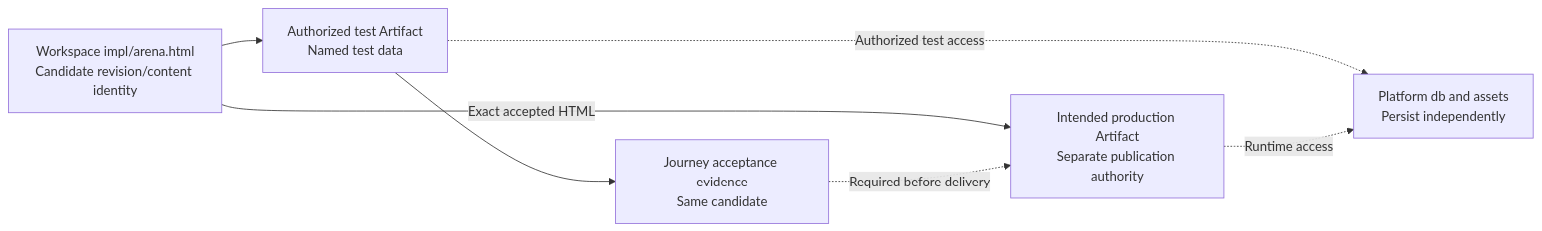
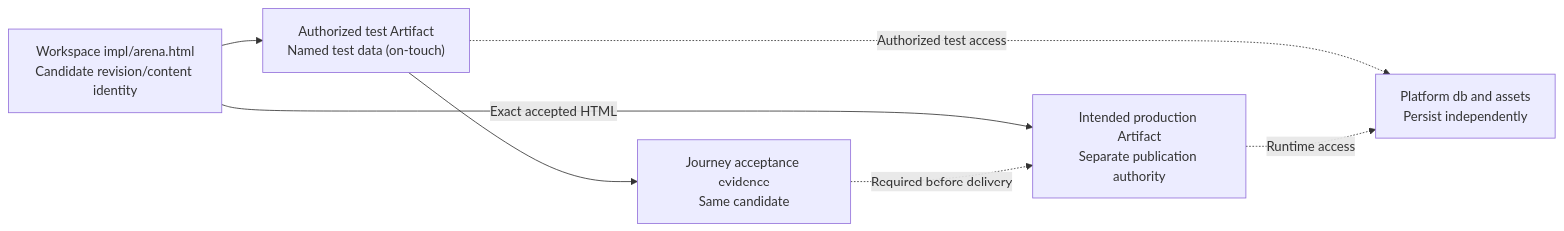
The diagram in model/operate/deploy/SPEC.md (lengthlong/exercise_arena), drawn with Mermaid before and after one commit. The commit also changed other lines of this file and 5 other files, not shown here.

````diff
--- a/model/operate/deploy/SPEC.md
+++ b/model/operate/deploy/SPEC.md
@@ -9,14 +9,14 @@
 ```mermaid
 flowchart LR
     S["Workspace impl/arena.html<br/>Candidate revision/content identity"]
-    T["Authorized test Artifact<br/>Named test data"]
+    T["Authorized test Artifact<br/>Named test data (on-touch)"]
     A["Journey acceptance evidence<br/>Same candidate"]
     P["Intended production Artifact<br/>Separate publication authority"]
     S --> T
     T --> A
     S -->|Exact accepted HTML| P
     A -. Required before delivery .-> P
     DB["Platform db and assets<br/>Persist independently"]
     T -. Authorized test access .-> DB
     P -. Runtime access .-> DB
 ```
````
